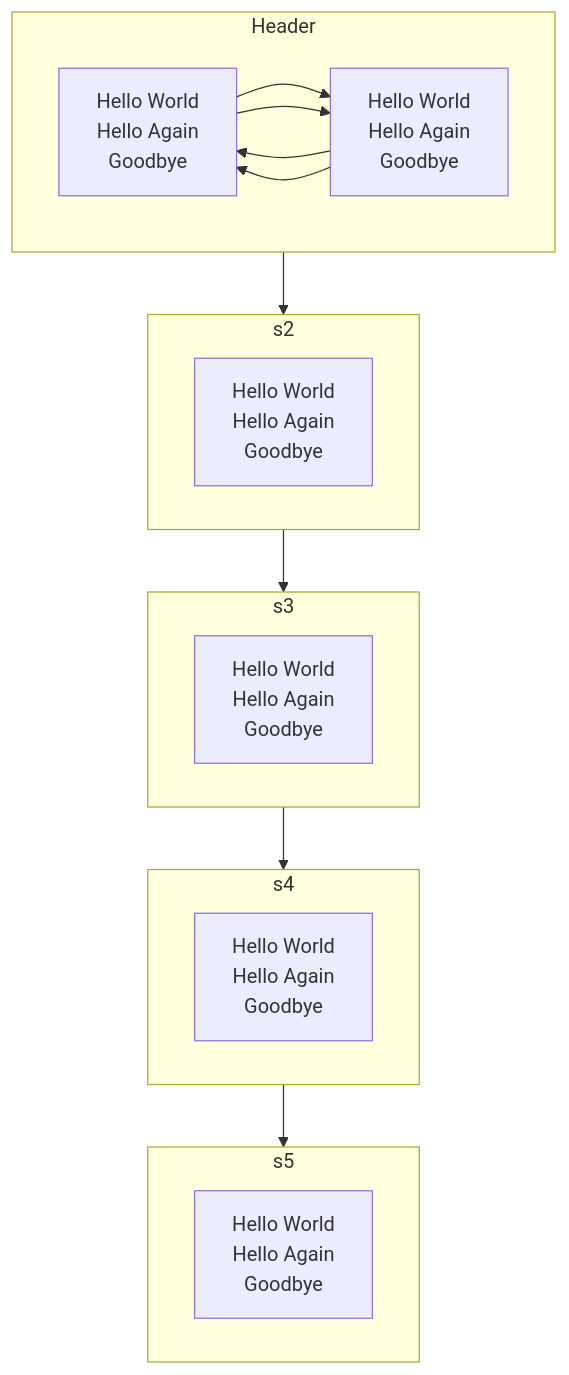
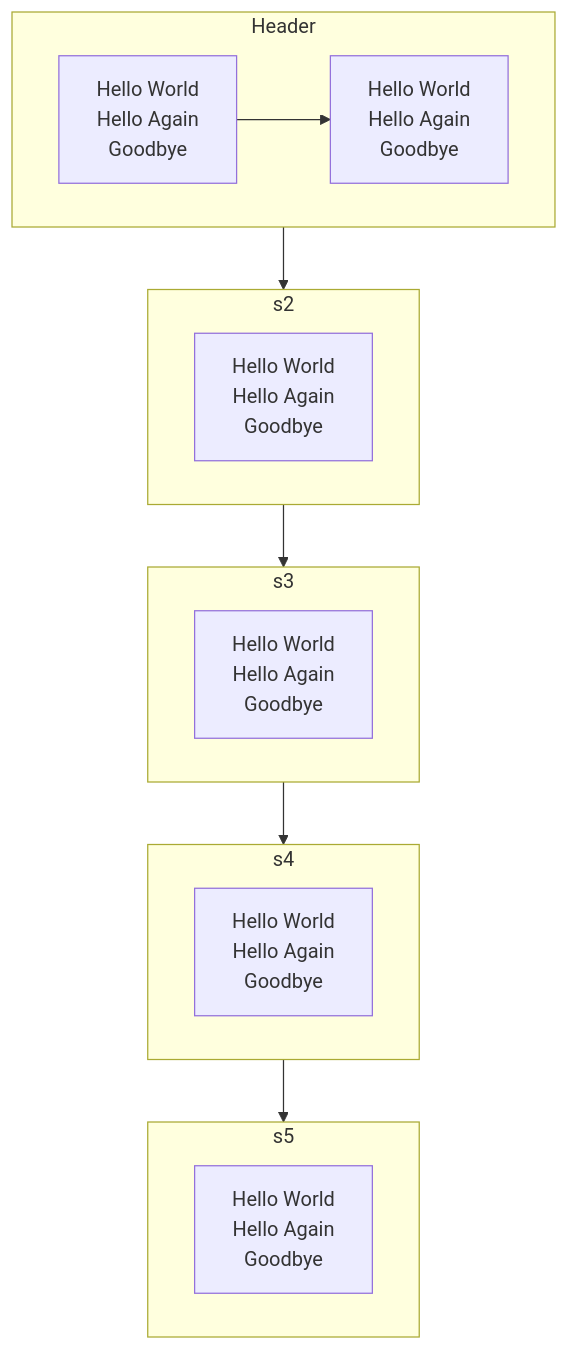
One commit to Alex-Rafter/wiki changed the diagram in daily/2023-05-13.md. Above: the diagram before and after it, drawn with Mermaid.

````diff
--- a/daily/2023-05-13.md
+++ b/daily/2023-05-13.md
@@ -5,61 +5,61 @@
 ```mermaid
 
 flowchart TD
 s1 --> s2
 s2 --> s3
 s3 --> s4
 s4 --> s5
 
 subgraph s1["Header"]
 
 direction LR
 
 s1Problems["
     Hello World
     Hello Again
     Goodbye
     "]
 
 s1DesProblems["
     Hello World
     Hello Again
     Goodbye
 "]
 
-s1Problems --> s1DesProblems & s1DesProblems --> s1Problems
+s1Problems --> s1DesProblems
 
 end
 
 subgraph s2
 s2Problems["
     Hello World
     Hello Again
     Goodbye
     "]
 end
 
 subgraph s3
 s3Problems["
     Hello World
     Hello Again
     Goodbye
     "]
 end
 
 subgraph s4
 s4Problems["
     Hello World
     Hello Again
     Goodbye
     "]
 end
 
 subgraph s5
 s5Problems["
     Hello World
     Hello Again
     Goodbye
     "]
 end
 
 ```
````
